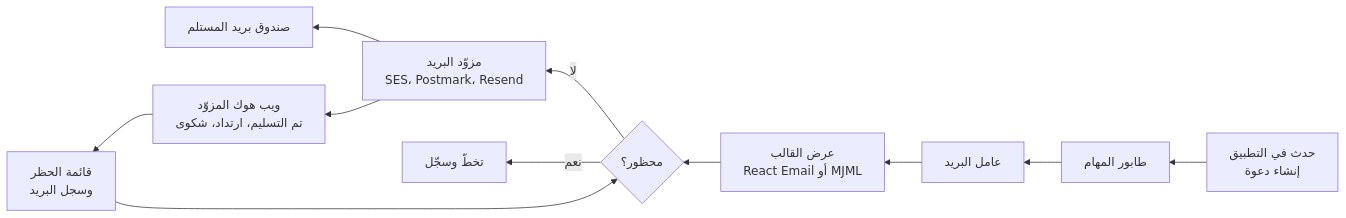
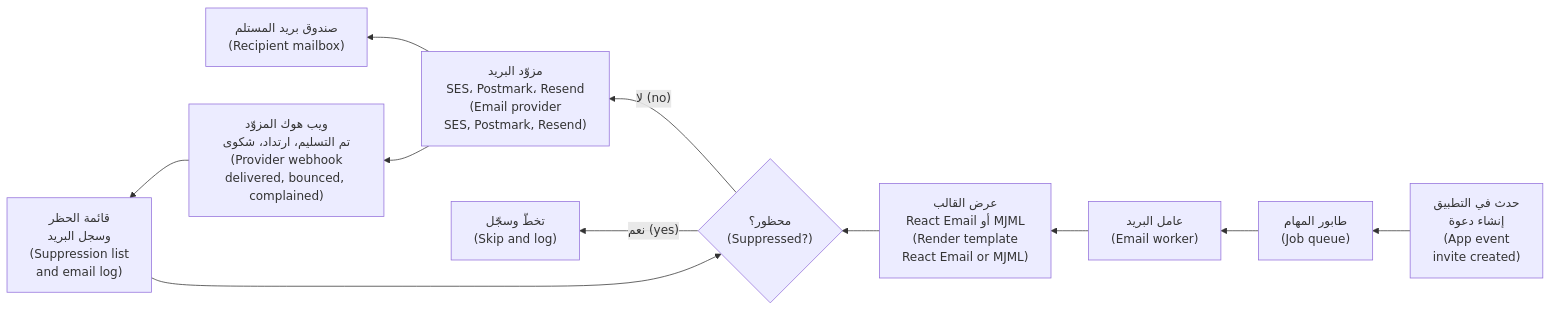
The first of 6 diagrams in saas/modules/04-communication.ar.md (Tamoura/system-design-for-vibe-coders), drawn with Mermaid before and after one commit. The commit also changed other lines of this file and 62 other files, not shown here.

First line of the commit message:
Arabic editions: English on every diagram label, RTL fixes, rebuild

````diff
--- a/saas/modules/04-communication.ar.md
+++ b/saas/modules/04-communication.ar.md
@@ -60,13 +60,13 @@
 ```mermaid
 flowchart RL
-    A["حدث في التطبيق<br/>إنشاء دعوة"] --> Q["طابور المهام"]
-    Q --> W["عامل البريد"]
-    W --> T["عرض القالب<br/>React Email أو MJML"]
-    T --> S{"محظور؟"}
-    S -- "لا" --> P["مزوّد البريد<br/>SES، Postmark، Resend"]
-    S -- "نعم" --> X["تخطَّ وسجّل"]
-    P --> R["صندوق بريد المستلم"]
-    P --> H["ويب هوك المزوّد<br/>تم التسليم، ارتداد، شكوى"]
-    H --> L["قائمة الحظر<br/>وسجل البريد"]
+    A["حدث في التطبيق<br/>إنشاء دعوة<br/>(App event<br/>invite created)"] --> Q["طابور المهام<br/>(Job queue)"]
+    Q --> W["عامل البريد<br/>(Email worker)"]
+    W --> T["عرض القالب<br/>React Email أو MJML<br/>(Render template<br/>React Email or MJML)"]
+    T --> S{"محظور؟<br/>(Suppressed?)"}
+    S -- "لا (no)" --> P["مزوّد البريد<br/>SES، Postmark، Resend<br/>(Email provider<br/>SES, Postmark, Resend)"]
+    S -- "نعم (yes)" --> X["تخطَّ وسجّل<br/>(Skip and log)"]
+    P --> R["صندوق بريد المستلم<br/>(Recipient mailbox)"]
+    P --> H["ويب هوك المزوّد<br/>تم التسليم، ارتداد، شكوى<br/>(Provider webhook<br/>delivered, bounced, complained)"]
+    H --> L["قائمة الحظر<br/>وسجل البريد<br/>(Suppression list<br/>and email log)"]
     L --> S
 ```
````
